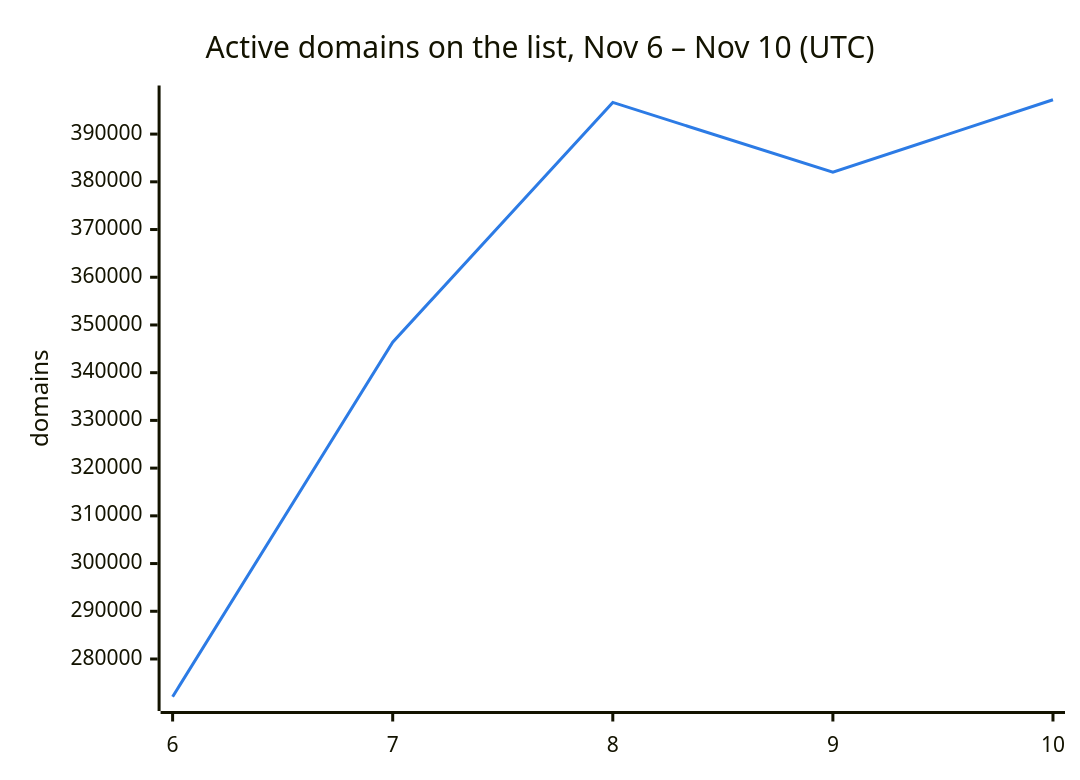
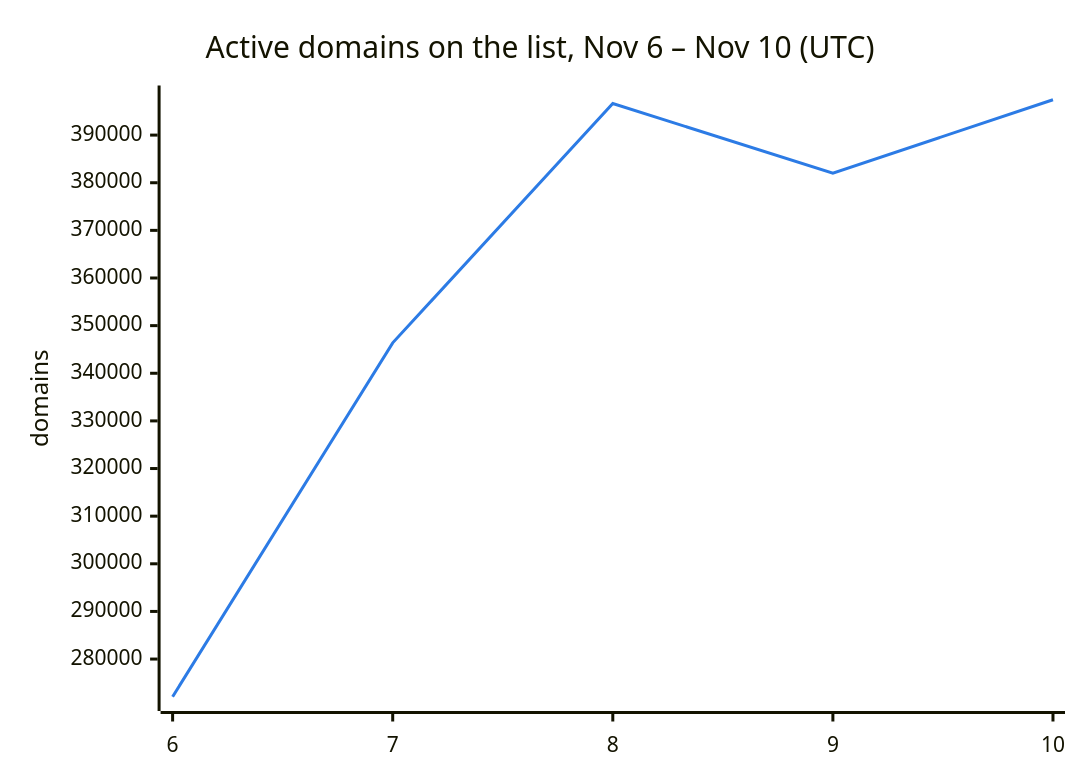
Before and after one commit to DNSBunker/CTI: the second of 3 diagrams in README.md, drawn with Mermaid. The commit also changed other lines of this file and 3 other files, not shown here.

````diff
--- a/README.md
+++ b/README.md
@@ -38,8 +38,8 @@
 ```mermaid
 %%{init: {"themeVariables": {"xyChart": {"plotColorPalette": "#2c7be5"}}}}%%
 xychart-beta
     title "Active domains on the list, Nov 6 – Nov 10 (UTC)"
     x-axis ["6", "7", "8", "9", "10"]
     y-axis "domains"
-    line [272088, 346388, 396638, 382009, 397198]
+    line [272088, 346388, 396638, 382009, 397422]
 ```
````
